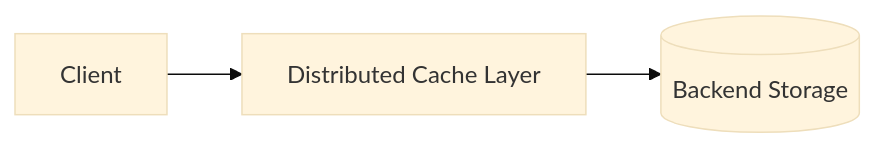
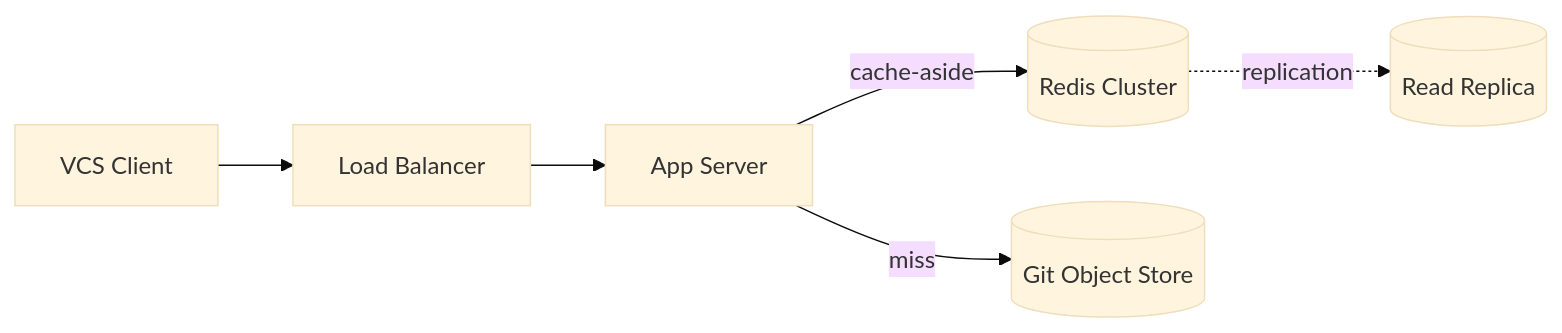
One commit to huangsam/systology changed the diagram in site/content/designs/distributed-cache.md. Above: the diagram before and after it, drawn with Mermaid (base theme). The commit also changed other lines of this file, not shown here.

Commit message:
Implement distributed-cache.md

```diff
--- a/site/content/designs/distributed-cache.md
+++ b/site/content/designs/distributed-cache.md
@@ -22,5 +22,8 @@
 {{< mermaid >}}
 graph LR
-  Client[Client] --> Cache[Distributed Cache Layer]
-  Cache --> Backend[(Backend Storage)]
+  Client[VCS Client] --> LB[Load Balancer]
+  LB --> AppServer[App Server]
+  AppServer -->|cache-aside| Cache[(Redis Cluster)]
+  AppServer -->|miss| Backend[(Git Object Store)]
+  Cache -.->|replication| CacheReplica[(Read Replica)]
 {{< /mermaid >}}
```
